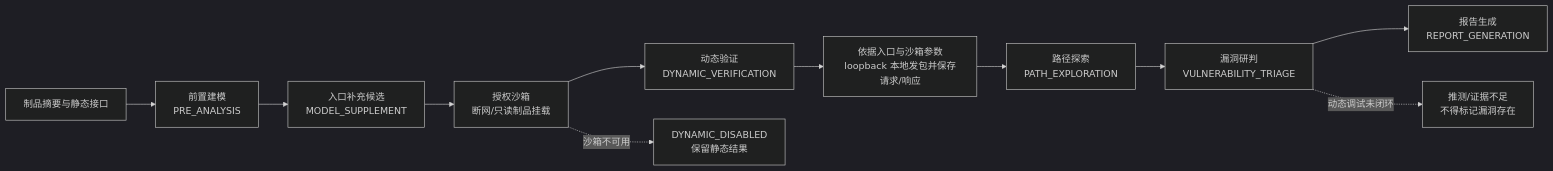
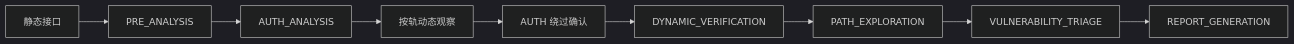
Before and after one commit to pur3w1n3/Veyrion: the diagram in docs/PRD.md, drawn with Mermaid (dark theme). The commit also changed other lines of this file and 49 other files, not shown here.

First line of the commit message:
Pivot audit to path-debug: AUTH_ANALYSIS, PathRun, and DYNAMIC_CONFIRMED.

````diff
--- a/docs/PRD.md
+++ b/docs/PRD.md
@@ -242,13 +248,11 @@
 ```mermaid
 flowchart LR
-    A[制品摘要与静态接口] --> B[前置建模\nPRE_ANALYSIS]
-    B --> B1[入口补充候选\nMODEL_SUPPLEMENT]
-    B1 --> C[授权沙箱\n断网/只读制品挂载]
-    C --> D[动态验证\nDYNAMIC_VERIFICATION]
-    D --> D1[依据入口与沙箱参数\nloopback 本地发包并保存请求/响应]
-    D1 --> E[路径探索\nPATH_EXPLORATION]
-    E --> F[漏洞研判\nVULNERABILITY_TRIAGE]
-    F --> G[报告生成\nREPORT_GENERATION]
-    F -. 动态调试未闭环 .-> H[推测/证据不足\n不得标记漏洞存在]
-    C -. 沙箱不可用 .-> X[DYNAMIC_DISABLED\n保留静态结果]
+    A[静态接口] --> B[PRE_ANALYSIS]
+    B --> C[AUTH_ANALYSIS]
+    C --> D[按轨动态观察]
+    D --> E[AUTH 绕过确认]
+    E --> F[DYNAMIC_VERIFICATION]
+    F --> G[PATH_EXPLORATION]
+    G --> H[VULNERABILITY_TRIAGE]
+    H --> I[REPORT_GENERATION]
 ```
````
